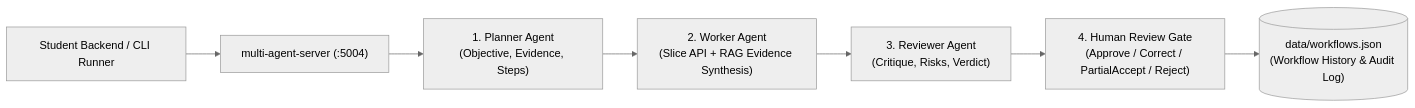
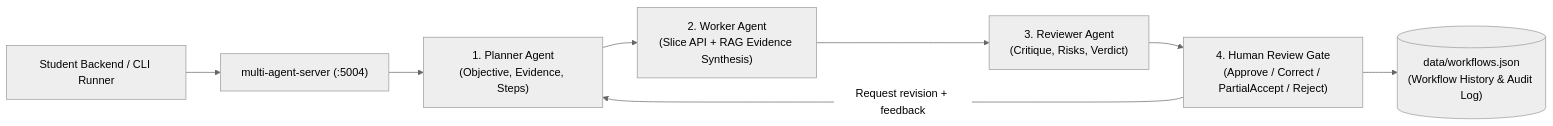
Before and after one commit to AmAComputerNerd/41026--software-development-project: the diagram in ai-services/multi-agent-server/README.md, drawn with Mermaid (neutral theme). The commit also changed other lines of this file and 22 other files, not shown here.

````diff
--- a/ai-services/multi-agent-server/README.md
+++ b/ai-services/multi-agent-server/README.md
@@ -7,9 +7,10 @@
 ```mermaid
 flowchart LR
     Caller["Student Backend / CLI Runner"] --> MAS["multi-agent-server (:5004)"]
     MAS --> P["1. Planner Agent<br>(Objective, Evidence, Steps)"]
     P --> W["2. Worker Agent<br>(Slice API + RAG Evidence Synthesis)"]
     W --> R["3. Reviewer Agent<br>(Critique, Risks, Verdict)"]
     R --> HR["4. Human Review Gate<br>(Approve / Correct / PartialAccept / Reject)"]
+    HR -- "Request revision + feedback" --> P
     HR --> Store[("data/workflows.json<br>(Workflow History & Audit Log)")]
 ```
````
